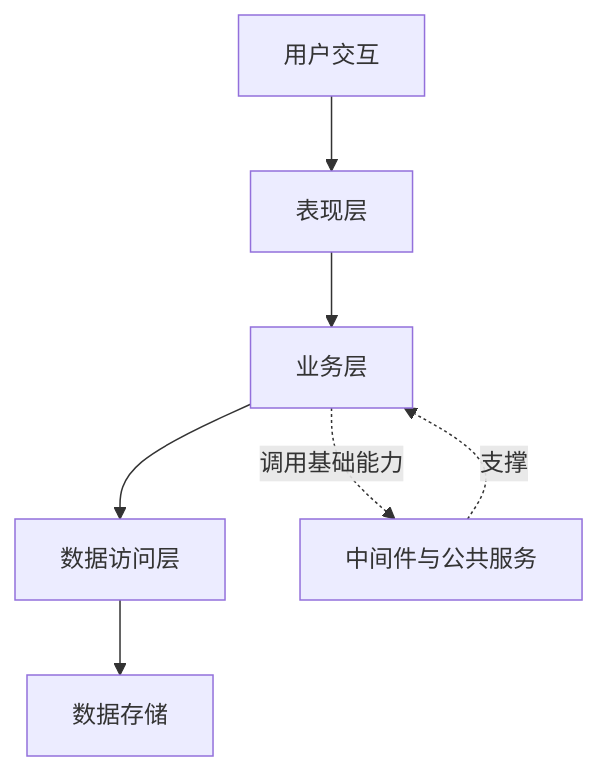
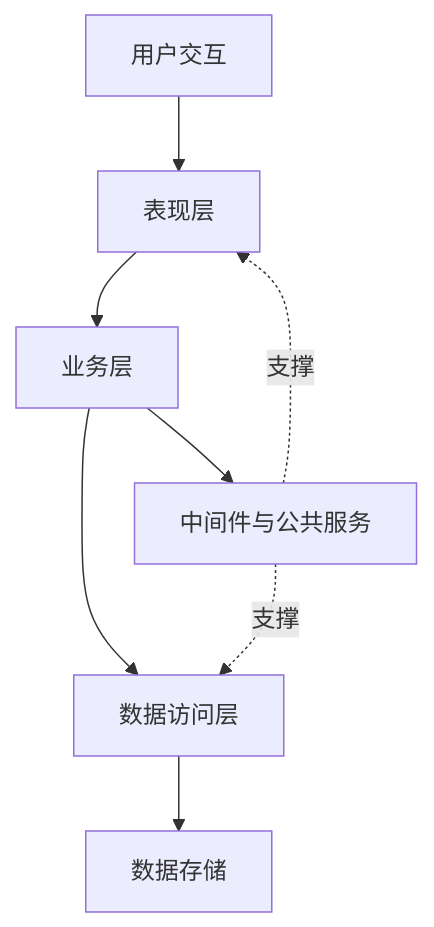
One commit to mingf423/ruankao changed the fourth of 10 diagrams in docs/system-architecture-designer/01_官方大纲与考试政策/02_案例分析大纲脑图.md. Above: the diagram before and after it, drawn with Mermaid. The commit also changed other lines of this file and 3 other files, not shown here.

Commit message:
docs(脑图): 重构综合知识脑图为 7 张并补案例分析系统计划图

````diff
--- a/docs/system-architecture-designer/01_官方大纲与考试政策/02_案例分析大纲脑图.md
+++ b/docs/system-architecture-designer/01_官方大纲与考试政策/02_案例分析大纲脑图.md
@@ -37,9 +57,10 @@
 ```mermaid
 flowchart TD
   U["用户交互"] --> P["表现层"]
   P --> B["业务层"]
   B --> D["数据访问层"]
   D --> S["数据存储"]
-  B -.调用基础能力.-> M["中间件与公共服务"]
-  M -.支撑.-> B
+  B --> M["中间件与公共服务"]
+  M -.支撑.-> P
+  M -.支撑.-> D
 ```
````
